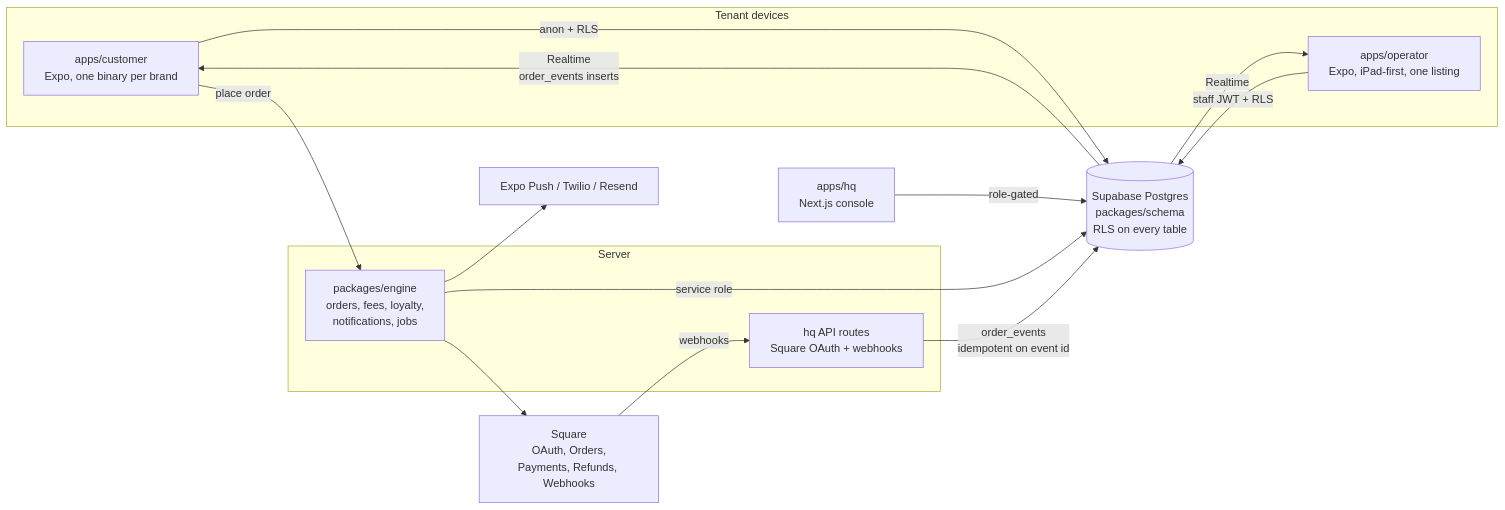
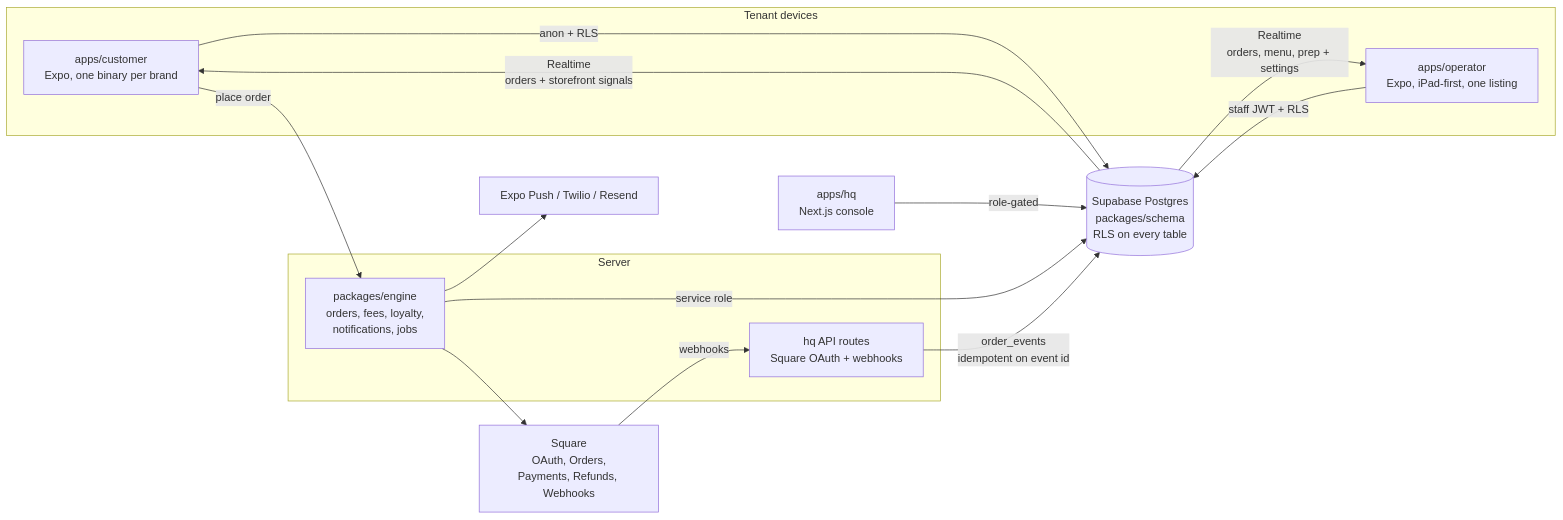
Before and after one commit to tylerdevries22-afk/coffee-story: the diagram in docs/ARCHITECTURE.md, drawn with Mermaid. The commit also changed other lines of this file and 42 other files, not shown here.

````diff
--- a/docs/ARCHITECTURE.md
+++ b/docs/ARCHITECTURE.md
@@ -6,27 +6,27 @@
 ```mermaid
 flowchart LR
   subgraph Tenant devices
     C[apps/customer\nExpo, one binary per brand]
     O[apps/operator\nExpo, iPad-first, one listing]
   end
   H[apps/hq\nNext.js console]
   subgraph Server
     E[packages/engine\norders, fees, loyalty,\nnotifications, jobs]
     W[hq API routes\nSquare OAuth + webhooks]
   end
   DB[(Supabase Postgres\npackages/schema\nRLS on every table)]
   SQ[Square\nOAuth, Orders,\nPayments, Refunds, Webhooks]
   N[Expo Push / Twilio / Resend]
 
   C -->|anon + RLS| DB
   O -->|staff JWT + RLS| DB
   H -->|role-gated| DB
   C -->|place order| E
   E -->|service role| DB
   E --> SQ
   SQ -->|webhooks| W
   W -->|order_events\nidempotent on event id| DB
-  DB -->|Realtime\norder_events inserts| C
-  DB -->|Realtime| O
+  DB -->|Realtime\norders + storefront signals| C
+  DB -->|Realtime\norders, menu, prep + settings| O
   E --> N
 ```
````
